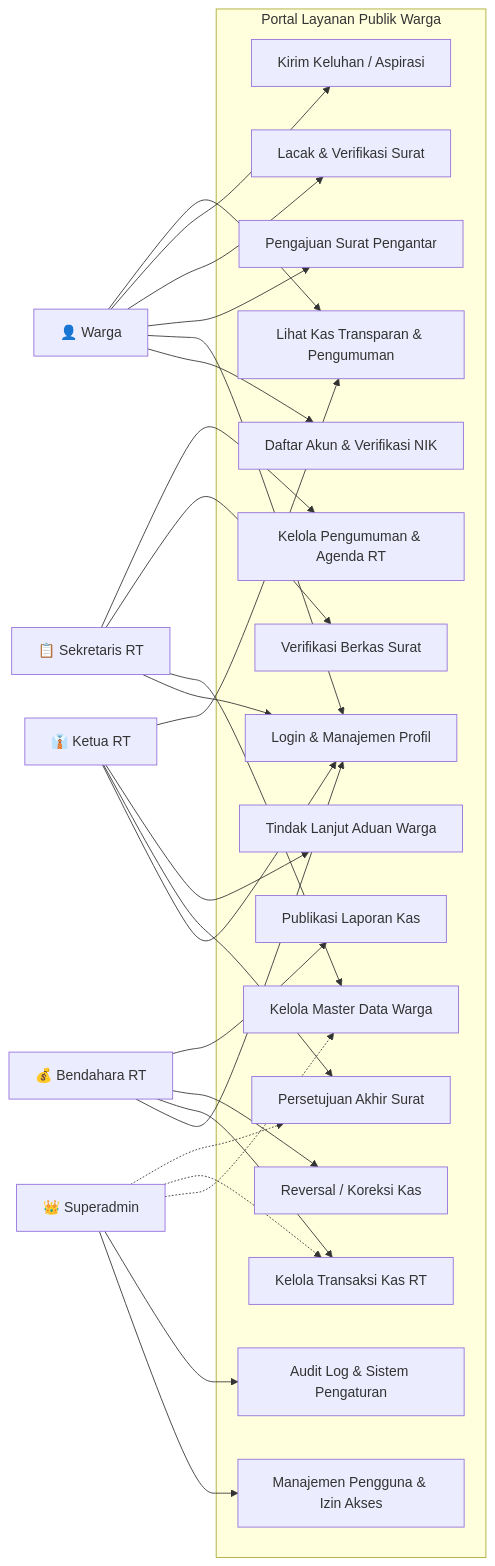
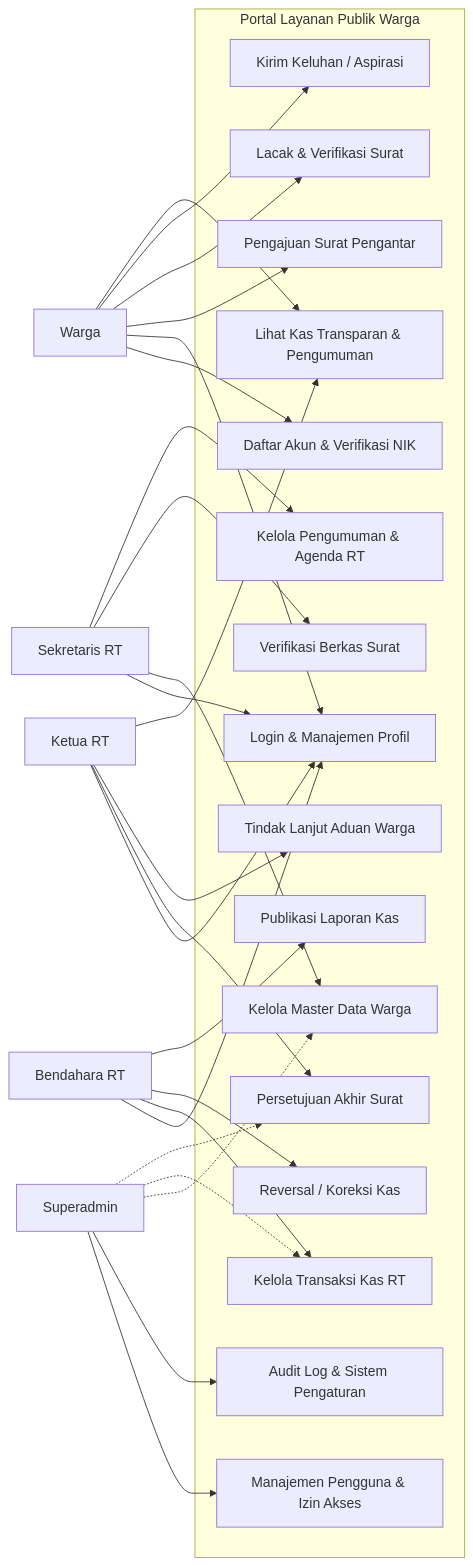
The first of 8 diagrams in README.md (not162/platform-layanan-publik-warga), drawn with Mermaid before and after one commit. The commit also changed other lines of this file and 12 other files, not shown here.

````diff
--- a/README.md
+++ b/README.md
@@ -82,59 +88,59 @@
 ```mermaid
 flowchart LR
-    Warga["👤 Warga"]
-    Sekretaris["📋 Sekretaris RT"]
-    Bendahara["💰 Bendahara RT"]
-    KetuaRT["👔 Ketua RT"]
-    Superadmin["👑 Superadmin"]
+    Warga["Warga"]
+    Sekretaris["Sekretaris RT"]
+    Bendahara["Bendahara RT"]
+    KetuaRT["Ketua RT"]
+    Superadmin["Superadmin"]
 
     subgraph Portal Layanan Publik Warga
         UC1["Daftar Akun & Verifikasi NIK"]
         UC2["Login & Manajemen Profil"]
         UC3["Pengajuan Surat Pengantar"]
         UC4["Lacak & Verifikasi Surat"]
         UC5["Kirim Keluhan / Aspirasi"]
         UC6["Lihat Kas Transparan & Pengumuman"]
         
         UC7["Kelola Master Data Warga"]
         UC8["Verifikasi Berkas Surat"]
         UC9["Kelola Pengumuman & Agenda RT"]
         
         UC10["Kelola Transaksi Kas RT"]
         UC11["Reversal / Koreksi Kas"]
         UC12["Publikasi Laporan Kas"]
         
         UC13["Persetujuan Akhir Surat"]
         UC14["Tindak Lanjut Aduan Warga"]
         
         UC15["Manajemen Pengguna & Izin Akses"]
         UC16["Audit Log & Sistem Pengaturan"]
     end
 
     Warga --> UC1
     Warga --> UC2
     Warga --> UC3
     Warga --> UC4
     Warga --> UC5
     Warga --> UC6
 
     Sekretaris --> UC2
     Sekretaris --> UC7
     Sekretaris --> UC8
     Sekretaris --> UC9
 
     Bendahara --> UC2
     Bendahara --> UC10
     Bendahara --> UC11
     Bendahara --> UC12
 
     KetuaRT --> UC2
     KetuaRT --> UC13
     KetuaRT --> UC14
     KetuaRT --> UC6
 
     Superadmin --> UC15
     Superadmin --> UC16
     Superadmin -.-> UC7
     Superadmin -.-> UC10
     Superadmin -.-> UC13
 ```
````
